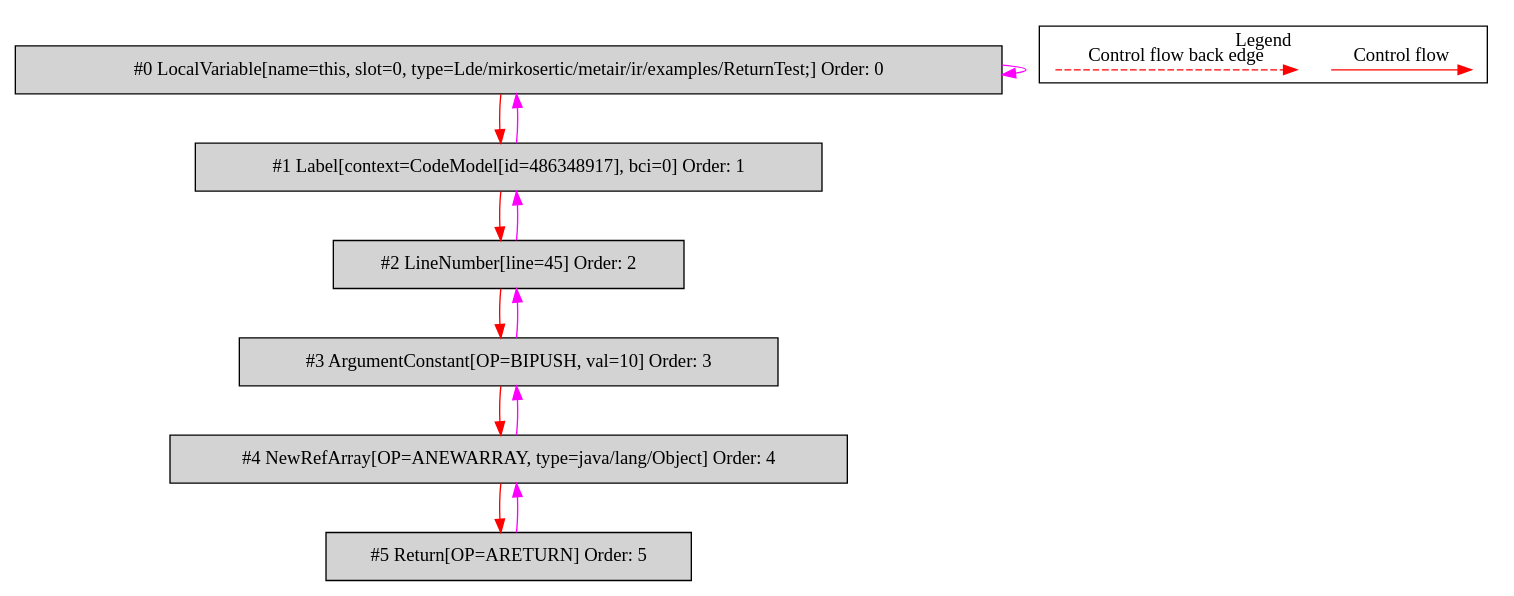
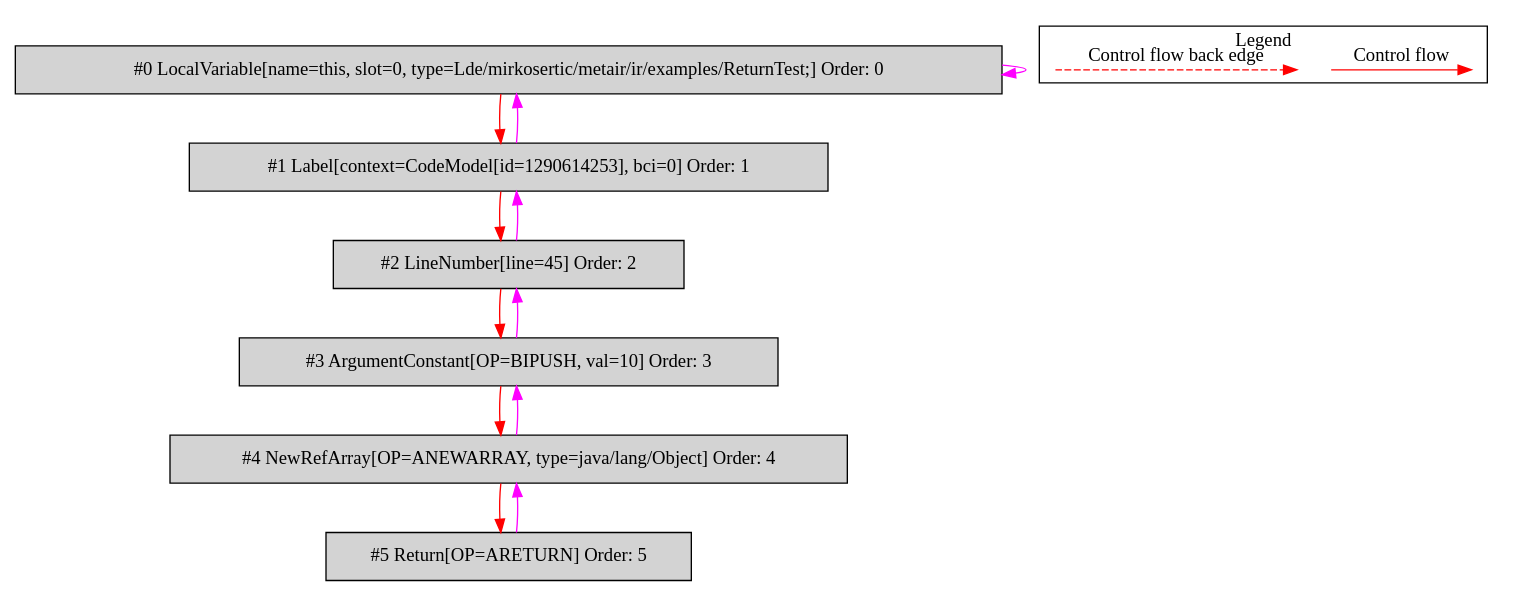
Before and after one commit to mirkosertic/MetaIR: the diagram in de.mirkosertic.metair.ir.examples.ReturnTest/returnArray/bytecodecfg.dot, drawn with Graphviz. The commit also changed 488 other files, not shown here.

```diff
--- a/de.mirkosertic.metair.ir.examples.ReturnTest/returnArray/bytecodecfg.dot
+++ b/de.mirkosertic.metair.ir.examples.ReturnTest/returnArray/bytecodecfg.dot
@@ -1,34 +1,34 @@
 digraph {
  ordering="in";
  node0[label="#0 LocalVariable[name=this, slot=0, type=Lde/mirkosertic/metair/ir/examples/ReturnTest;] Order: 0", shape=box, fillcolor=lightgrey, style=filled];
- node1[label="#1 Label[context=CodeModel[id=486348917], bci=0] Order: 1", shape=box, fillcolor=lightgrey, style=filled];
+ node1[label="#1 Label[context=CodeModel[id=1290614253], bci=0] Order: 1", shape=box, fillcolor=lightgrey, style=filled];
  node2[label="#2 LineNumber[line=45] Order: 2", shape=box, fillcolor=lightgrey, style=filled];
  node3[label="#3 ArgumentConstant[OP=BIPUSH, val=10] Order: 3", shape=box, fillcolor=lightgrey, style=filled];
  node4[label="#4 NewRefArray[OP=ANEWARRAY, type=java/lang/Object] Order: 4", shape=box, fillcolor=lightgrey, style=filled];
  node5[label="#5 Return[OP=ARETURN] Order: 5", shape=box, fillcolor=lightgrey, style=filled];
  node0 -> node0[color=fuchsia];
  node0 -> node1[color=red];
  node1 -> node0[color=fuchsia];
  node1 -> node2[color=red];
  node2 -> node1[color=fuchsia];
  node2 -> node3[color=red];
  node3 -> node2[color=fuchsia];
  node3 -> node4[color=red];
  node4 -> node3[color=fuchsia];
  node4 -> node5[color=red];
  node5 -> node4[color=fuchsia];
  subgraph cluster_000 {
   label = "Legend";
   node [shape=point]
   {
    rank=same;
    c0 [style = invis];
    c1 [style = invis];
    c2 [style = invis];
    c3 [style = invis];
   }
   c0 -> c1 [label="Control flow", style=solid, color=red]
   c2 -> c3 [label="Control flow back edge", style=dashed, color=red]
  }
 
 }
```
